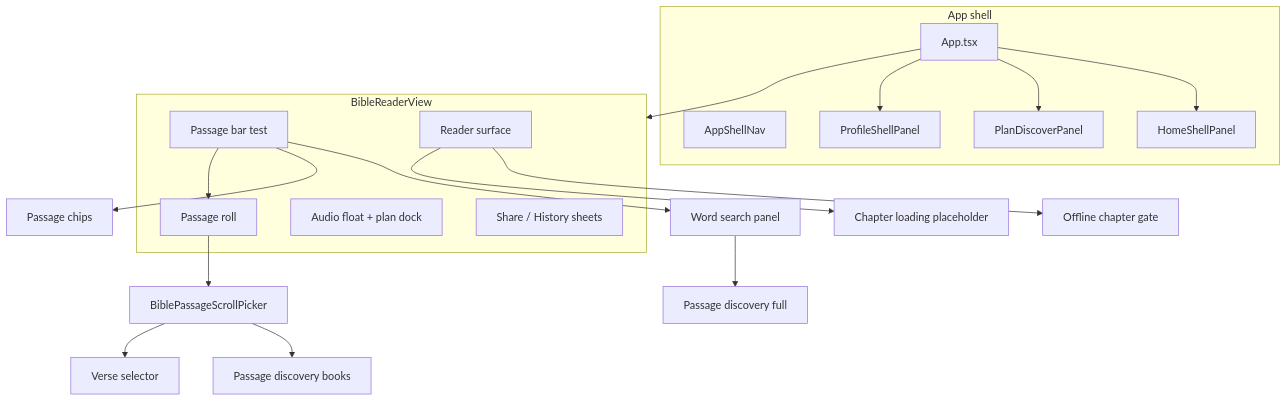
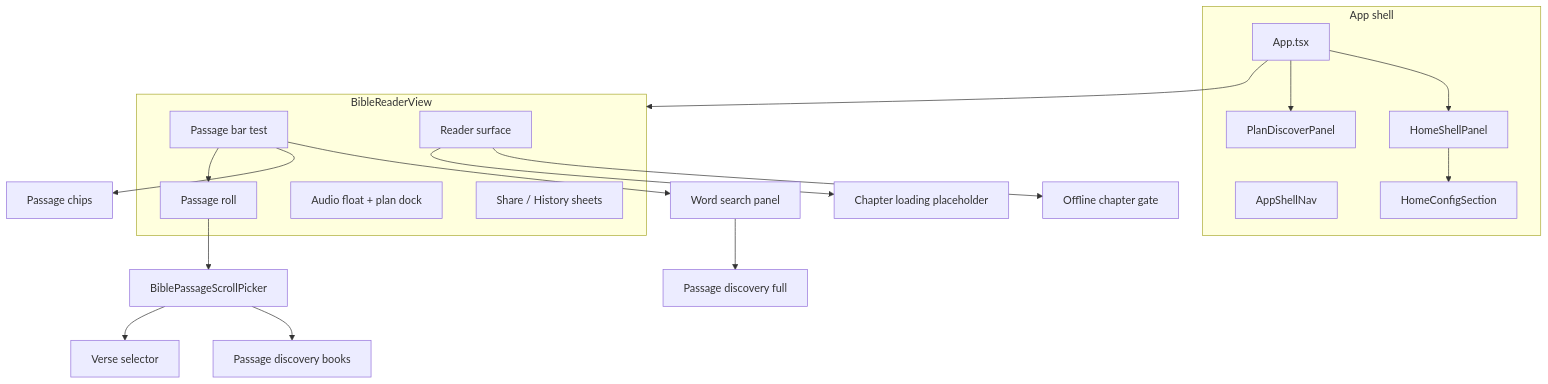
Before and after one commit to clevencode/Biblos: the diagram in docs/components/Bibloscomponents.md, drawn with Mermaid. The commit also changed other lines of this file and 14 other files, not shown here.

Commit message:
Na Home, a config passou para o hamburger no cabeçalho (menu ↔ ✕). Conta, idioma, tema, storage e admin abrem aí; a página volta a mostrar só resume / verset / plans.

````diff
--- a/docs/components/Bibloscomponents.md
+++ b/docs/components/Bibloscomponents.md
@@ -9,30 +9,30 @@
 ```mermaid
 flowchart TB
   subgraph shell [App shell]
     App[App.tsx]
     Nav[AppShellNav]
     Home[HomeShellPanel]
+    Config[HomeConfigSection]
     Plan[PlanDiscoverPanel]
-    Profile[ProfileShellPanel]
   end
   subgraph reader [BibleReaderView]
     Bar[Passage bar test]
     Roll[Passage roll]
     Surface[Reader surface]
     Dock[Audio float + plan dock]
     Share[Share / History sheets]
   end
   App --> Home
+  Home --> Config
   App --> Plan
-  App --> Profile
   App --> reader
   Bar --> SearchIcon[Word search panel]
   Bar --> Chips[Passage chips]
   Bar --> Roll
   Roll --> Picker[BiblePassageScrollPicker]
   Picker --> Discovery[Passage discovery books]
   SearchIcon --> WordDiscovery[Passage discovery full]
   Picker --> Verses[Verse selector]
   Surface --> OfflineGate[Offline chapter gate]
   Surface --> ChapterSkel[Chapter loading placeholder]
 ```
````
